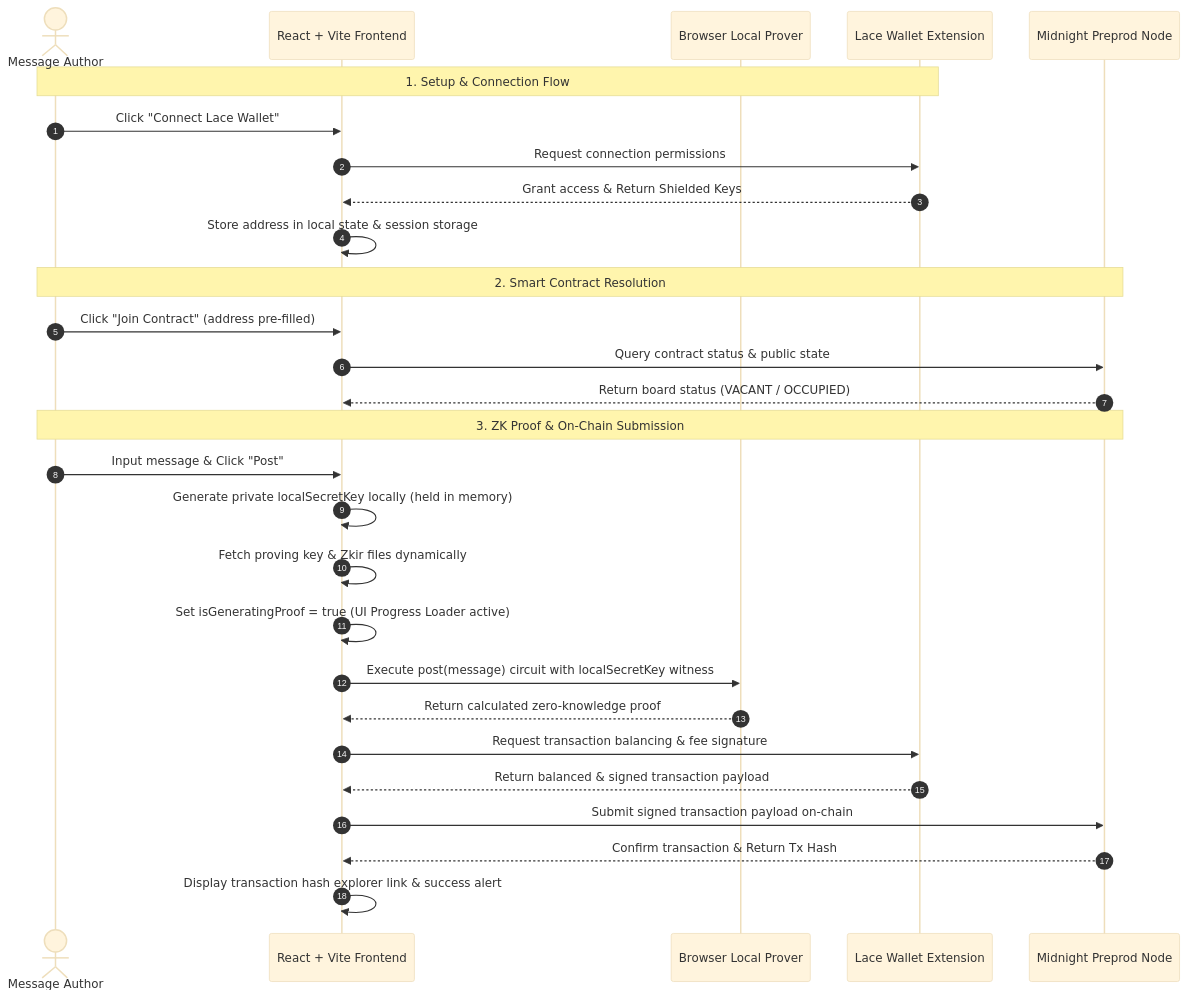
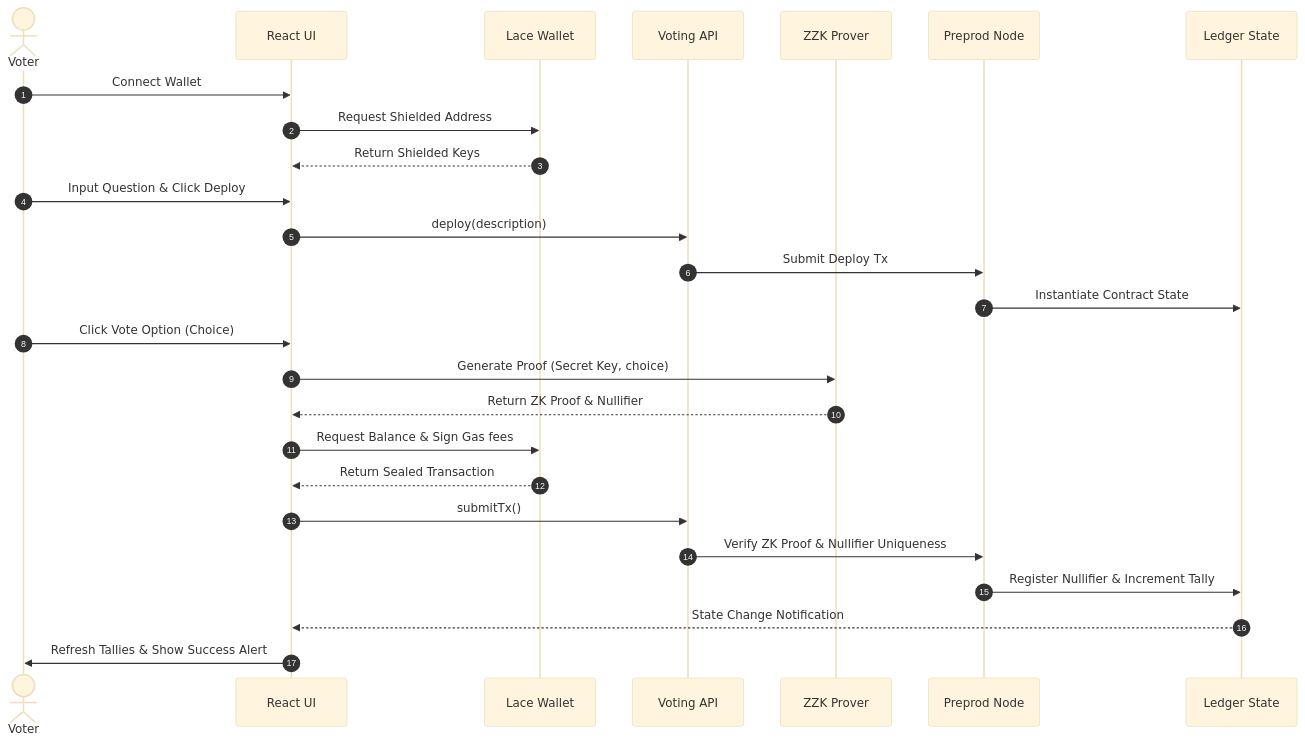
Before and after one commit to sylvia-barick/midnight: the second of 3 diagrams in README.md, drawn with Mermaid (base theme). The commit also changed other lines of this file and 49 other files, not shown here.

````diff
--- a/README.md
+++ b/README.md
@@ -41,33 +120,31 @@
 ```mermaid
 sequenceDiagram
     autonumber
-    actor User as Message Author
-    participant UI as React + Vite Frontend
-    participant Prover as Browser Local Prover
-    participant Lace as Lace Wallet Extension
-    participant Node as Midnight Preprod Node
+    actor User as Voter
+    participant UI as React UI
+    participant Wallet as Lace Wallet
+    participant API as Voting API
+    participant Prover as ZZK Prover
+    participant Node as Preprod Node
+    participant Ledger as Ledger State
 
-    Note over User, Lace: 1. Setup & Connection Flow
-    User->>UI: Click "Connect Lace Wallet"
-    UI->>Lace: Request connection permissions
-    Lace-->>UI: Grant access & Return Shielded Keys
-    UI->>UI: Store address in local state & session storage
+    User->>UI: Connect Wallet
+    UI->>Wallet: Request Shielded Address
+    Wallet-->>UI: Return Shielded Keys
+    
+    User->>UI: Input Question & Click Deploy
+    UI->>API: deploy(description)
+    API->>Node: Submit Deploy Tx
+    Node->>Ledger: Instantiate Contract State
 
-    Note over User, Node: 2. Smart Contract Resolution
-    User->>UI: Click "Join Contract" (address pre-filled)
-    UI->>Node: Query contract status & public state
-    Node-->>UI: Return board status (VACANT / OCCUPIED)
-
-    Note over User, Node: 3. ZK Proof & On-Chain Submission
-    User->>UI: Input message & Click "Post"
-    UI->>UI: Generate private localSecretKey locally (held in memory)
-    UI->>UI: Fetch proving key & Zkir files dynamically
-    UI->>UI: Set isGeneratingProof = true (UI Progress Loader active)
-    UI->>Prover: Execute post(message) circuit with localSecretKey witness
-    Prover-->>UI: Return calculated zero-knowledge proof
-    UI->>Lace: Request transaction balancing & fee signature
-    Lace-->>UI: Return balanced & signed transaction payload
-    UI->>Node: Submit signed transaction payload on-chain
-    Node-->>UI: Confirm transaction & Return Tx Hash
-    UI->>UI: Display transaction hash explorer link & success alert
+    User->>UI: Click Vote Option (Choice)
+    UI->>Prover: Generate Proof (Secret Key, choice)
+    Prover-->>UI: Return ZK Proof & Nullifier
+    UI->>Wallet: Request Balance & Sign Gas fees
+    Wallet-->>UI: Return Sealed Transaction
+    UI->>API: submitTx()
+    API->>Node: Verify ZK Proof & Nullifier Uniqueness
+    Node->>Ledger: Register Nullifier & Increment Tally
+    Ledger-->>UI: State Change Notification
+    UI->>User: Refresh Tallies & Show Success Alert
 ```
````
